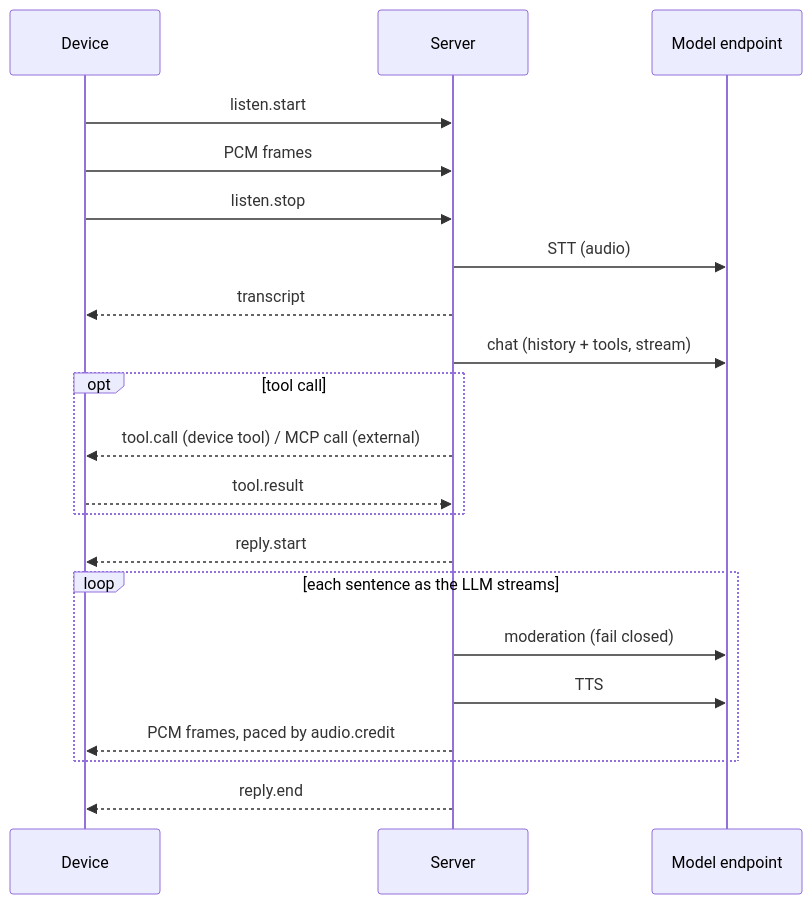
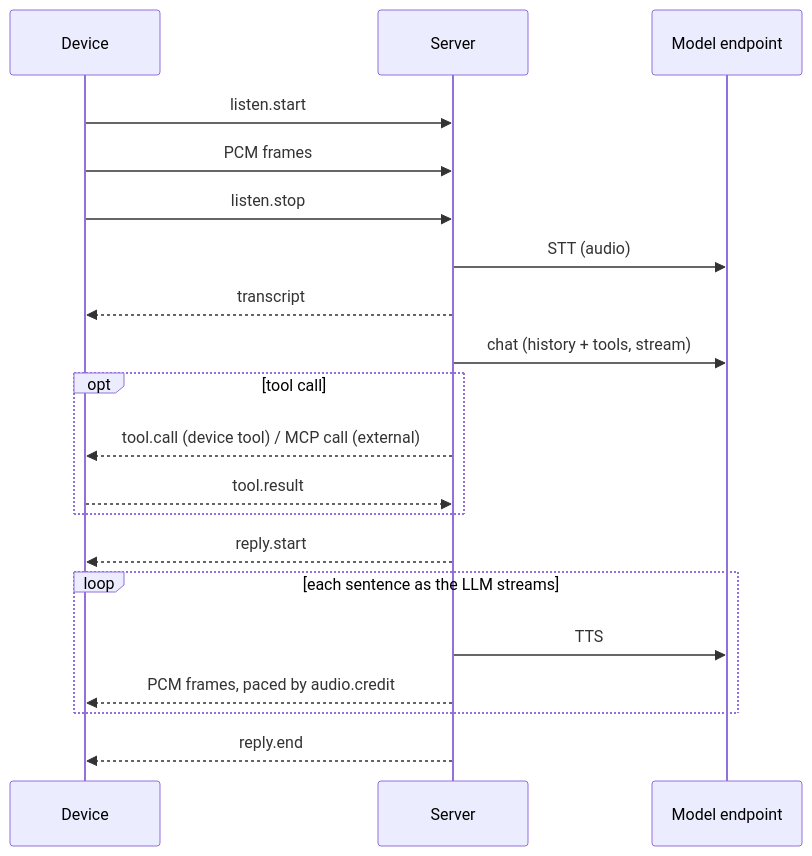
The second of 2 diagrams in docs/architecture.md (Stihotvor/open-thought-ai), drawn with Mermaid before and after one commit. The commit also changed other lines of this file and 6 other files, not shown here.

````diff
--- a/docs/architecture.md
+++ b/docs/architecture.md
@@ -73,23 +72,22 @@
 ```mermaid
 sequenceDiagram
   participant D as Device
   participant S as Server
   participant L as Model endpoint
   D->>S: listen.start
   D->>S: PCM frames
   D->>S: listen.stop
   S->>L: STT (audio)
   S-->>D: transcript
   S->>L: chat (history + tools, stream)
   opt tool call
     S-->>D: tool.call (device tool) / MCP call (external)
     D-->>S: tool.result
   end
   S-->>D: reply.start
   loop each sentence as the LLM streams
-    S->>L: moderation (fail closed)
     S->>L: TTS
     S-->>D: PCM frames, paced by audio.credit
   end
   S-->>D: reply.end
 ```
````
